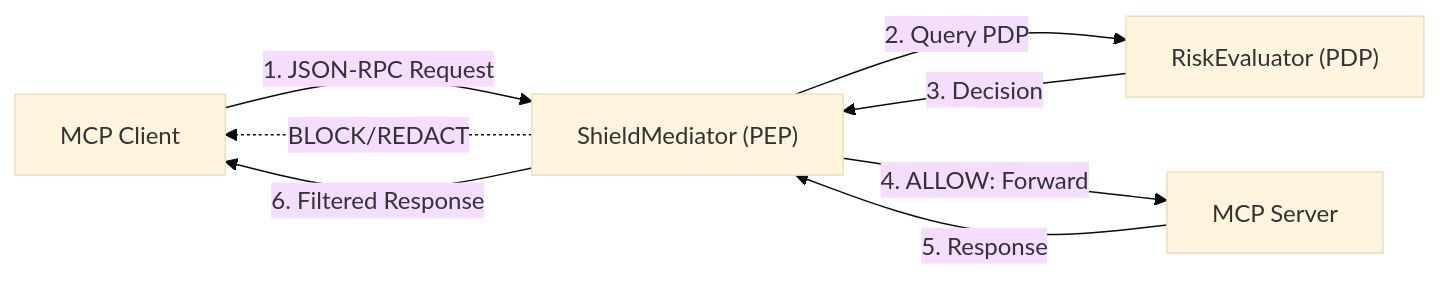
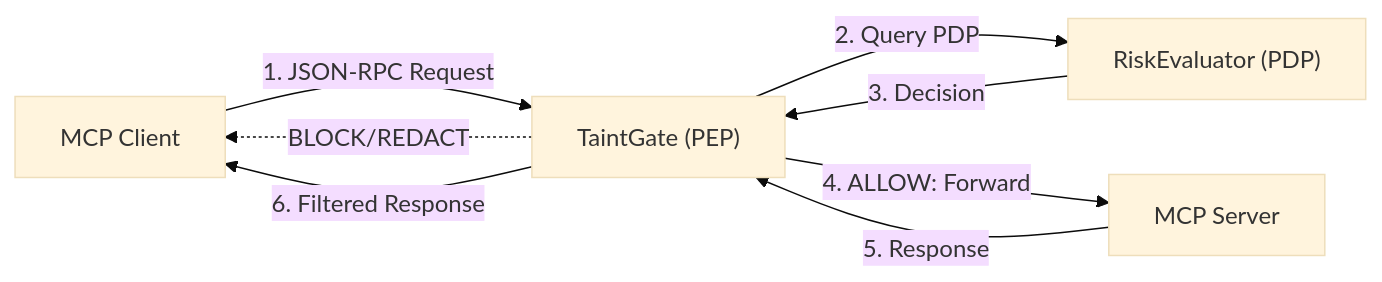
The second of 8 diagrams in ARCHITECTURE.md (kiranv926/mcp-shield), drawn with Mermaid (base theme) before and after one commit. The commit also changed other lines of this file and 67 other files, not shown here.

First line of the commit message:
refactor(brand): rename MCP-Shield -> TaintGate across the project

````diff
--- a/ARCHITECTURE.md
+++ b/ARCHITECTURE.md
@@ -136,10 +136,10 @@
 ```mermaid
 graph LR
-    Client["MCP Client"] -->|"1. JSON-RPC Request"| PEP["ShieldMediator (PEP)"]
+    Client["MCP Client"] -->|"1. JSON-RPC Request"| PEP["TaintGate (PEP)"]
     PEP -->|"2. Query PDP"| PDP["RiskEvaluator (PDP)"]
     PDP -->|"3. Decision"| PEP
     PEP -->|"4. ALLOW: Forward"| Server["MCP Server"]
     PEP -.->|"BLOCK/REDACT"| Client
     Server -->|"5. Response"| PEP
     PEP -->|"6. Filtered Response"| Client
 ```
````
